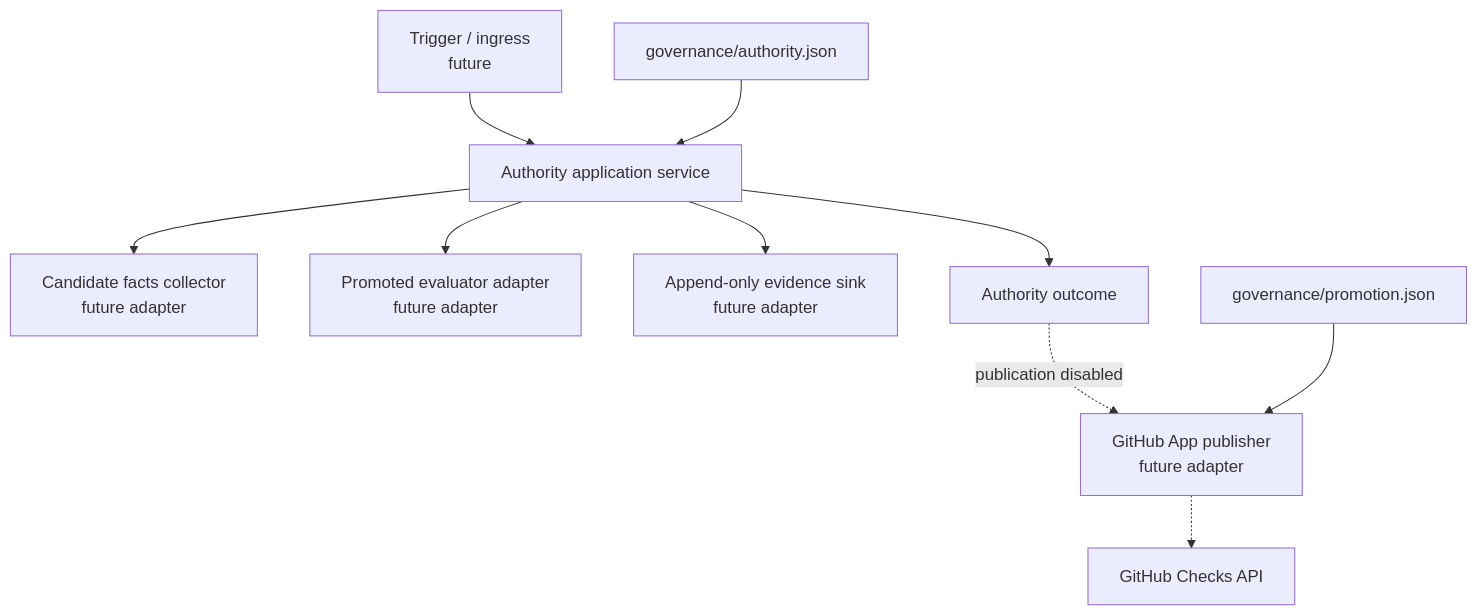
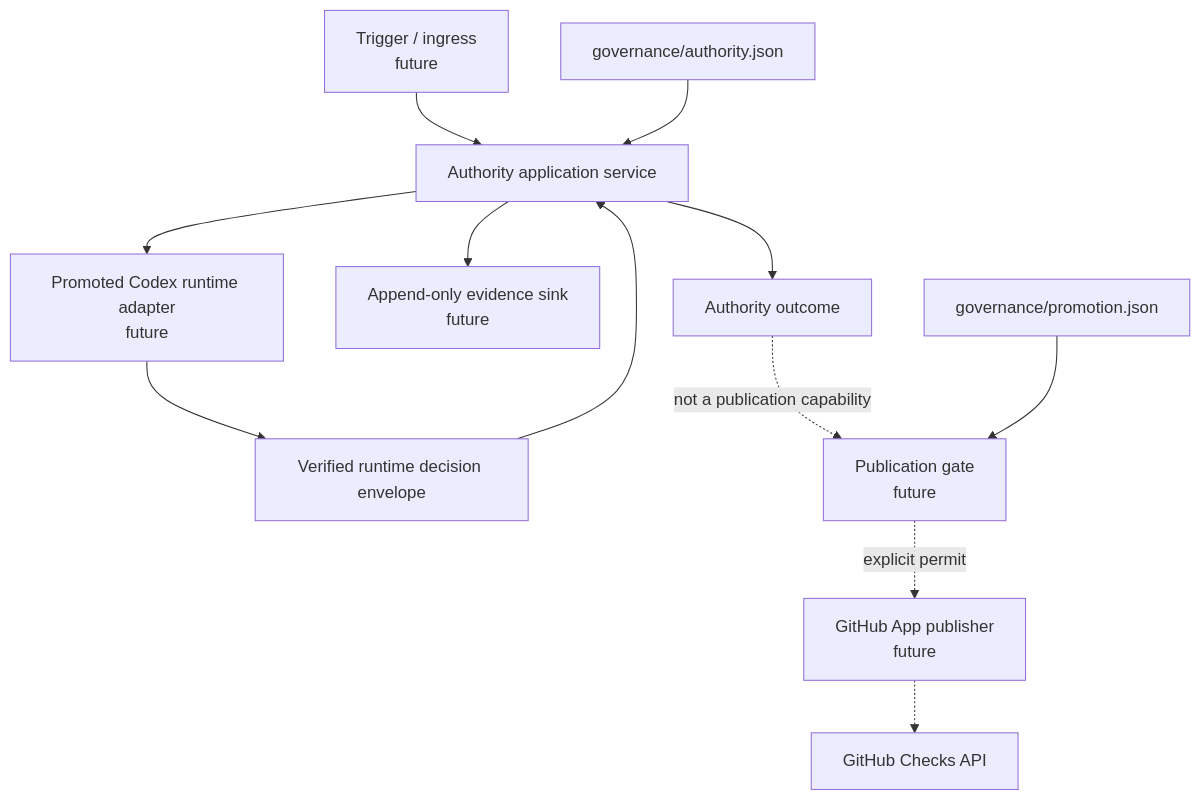
One commit to scnehaux/codex-authority changed the first of 3 diagrams in docs/architecture.md. Above: the diagram before and after it, drawn with Mermaid. The commit also changed other lines of this file and 17 other files, not shown here.

````diff
--- a/docs/architecture.md
+++ b/docs/architecture.md
@@ -35,14 +36,16 @@
 ```mermaid
 flowchart TB
     Trigger[Trigger / ingress<br/>future] --> Service[Authority application service]
-    Service --> Collector[Candidate facts collector<br/>future adapter]
-    Service --> Evaluator[Promoted evaluator adapter<br/>future adapter]
-    Service --> Evidence[Append-only evidence sink<br/>future adapter]
+    Service --> Runtime[Promoted Codex runtime adapter<br/>future]
+    Runtime --> Envelope[Verified runtime decision envelope]
+    Service --> Evidence[Append-only evidence sink<br/>future]
+    Envelope --> Service
     Service --> Outcome[Authority outcome]
 
-    Outcome -. publication disabled .-> Publisher[GitHub App publisher<br/>future adapter]
+    Outcome -. not a publication capability .-> Gate[Publication gate<br/>future]
+    Gate -. explicit permit .-> Publisher[GitHub App publisher<br/>future]
     Publisher -.-> Checks[GitHub Checks API]
 
     Policy[governance/authority.json] --> Service
-    Promotion[governance/promotion.json] --> Publisher
+    Promotion[governance/promotion.json] --> Gate
 ```
````
